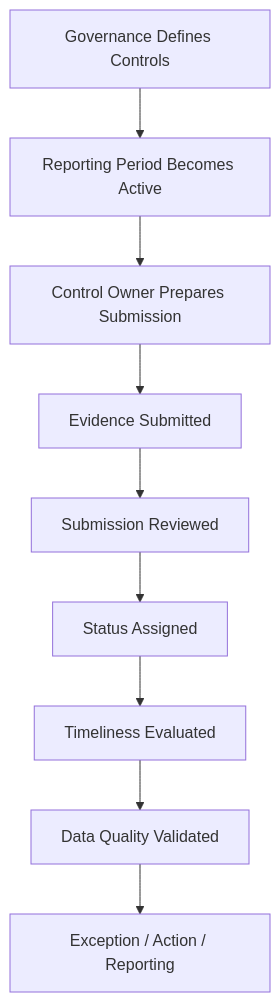
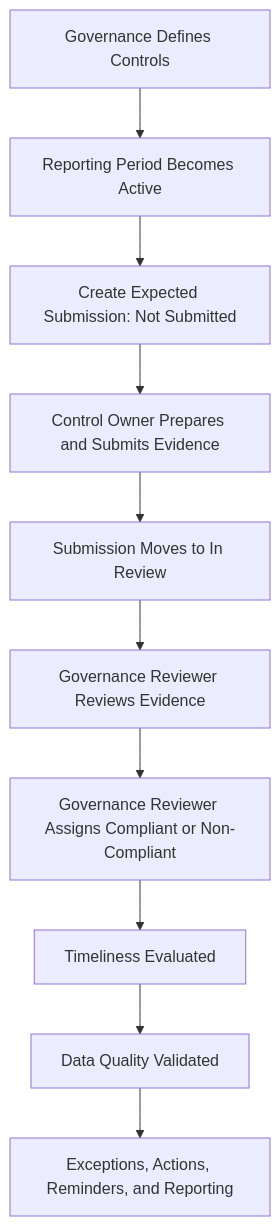
One commit to gw-ai-security/cyber-governance-automation-lab changed the diagram in docs/business_process.md. Above: the diagram before and after it, drawn with Mermaid. The commit also changed other lines of this file and 5 other files, not shown here.

Commit message:
docs: finalize governance data contracts and validation semantics

````diff
--- a/docs/business_process.md
+++ b/docs/business_process.md
@@ -313,11 +348,12 @@
 ```mermaid
 flowchart TD
     A[Governance Defines Controls] --> B[Reporting Period Becomes Active]
-    B --> C[Control Owner Prepares Submission]
-    C --> D[Evidence Submitted]
-    D --> E[Submission Reviewed]
-    E --> F[Status Assigned]
-    F --> G[Timeliness Evaluated]
-    G --> H[Data Quality Validated]
-    H --> I[Exception / Action / Reporting]
+    B --> C[Create Expected Submission: Not Submitted]
+    C --> D[Control Owner Prepares and Submits Evidence]
+    D --> E[Submission Moves to In Review]
+    E --> F[Governance Reviewer Reviews Evidence]
+    F --> G[Governance Reviewer Assigns Compliant or Non-Compliant]
+    G --> H[Timeliness Evaluated]
+    H --> I[Data Quality Validated]
+    I --> J[Exceptions, Actions, Reminders, and Reporting]
 ```
````
